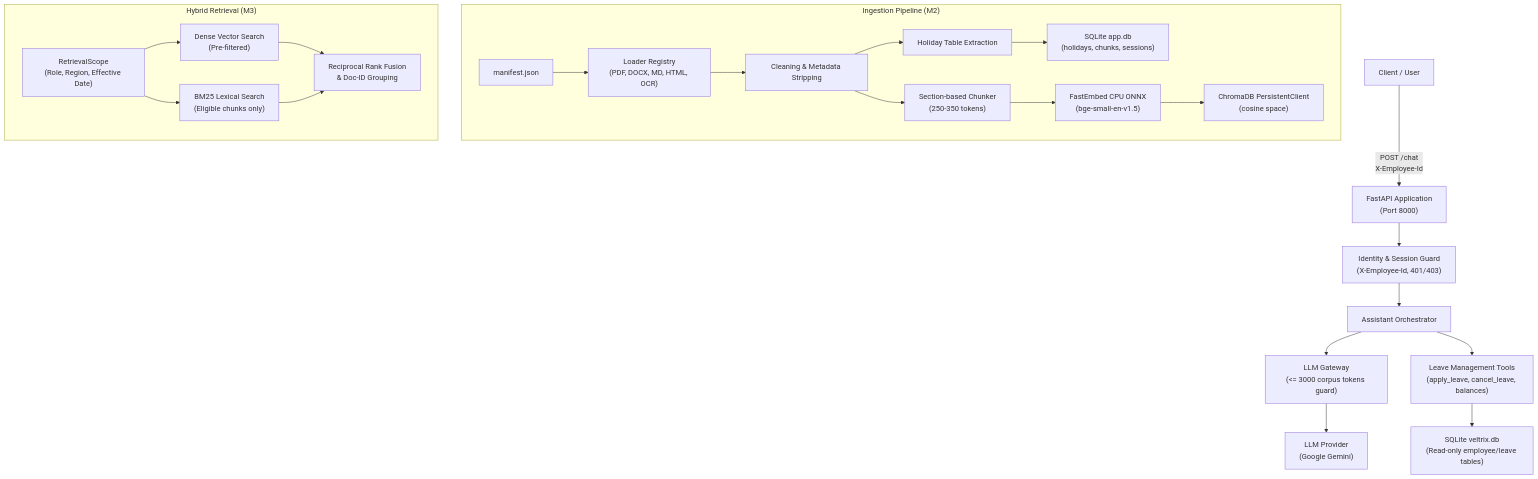
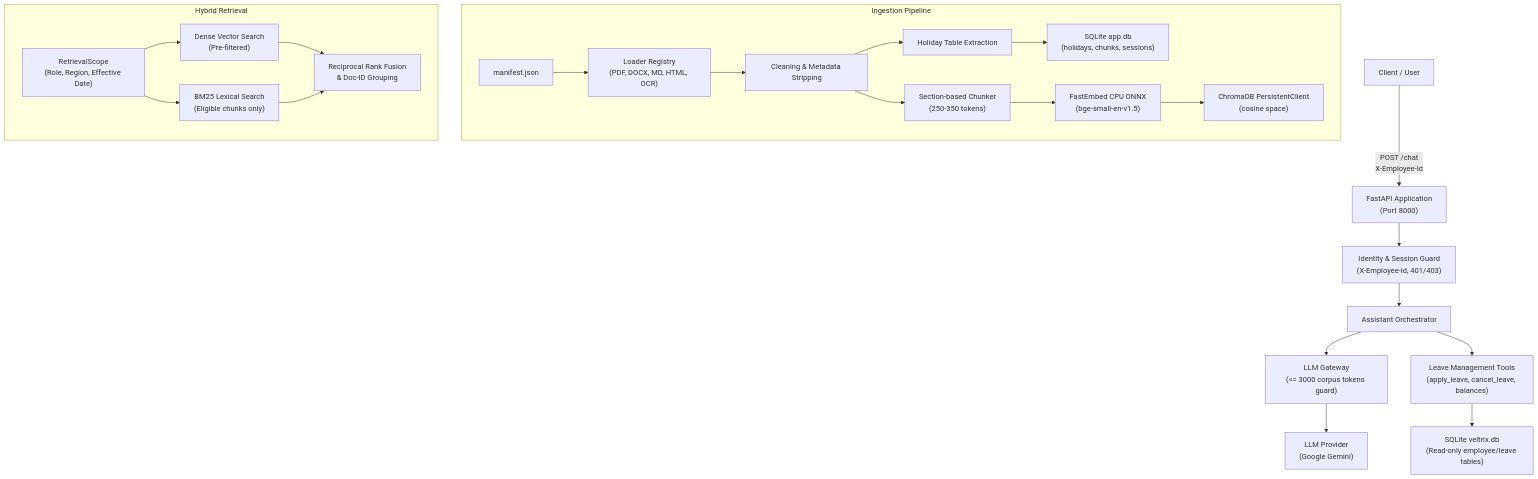
The diagram in README.md (Karthikv44/veltrix-hr-assistant), drawn with Mermaid before and after one commit. The commit also changed other lines of this file, not shown here.

````diff
--- a/README.md
+++ b/README.md
@@ -9,27 +9,27 @@
 ```mermaid
 flowchart TD
     Client["Client / User"] -->|POST /chat<br/>X-Employee-Id| API["FastAPI Application<br/>(Port 8000)"]
     API --> Security["Identity & Session Guard<br/>(X-Employee-Id, 401/403)"]
     Security --> Orchestrator["Assistant Orchestrator"]
     
-    subgraph Ingestion ["Ingestion Pipeline (M2)"]
+    subgraph Ingestion ["Ingestion Pipeline"]
         Manifest["manifest.json"] --> Loaders["Loader Registry<br/>(PDF, DOCX, MD, HTML, OCR)"]
         Loaders --> Cleaning["Cleaning & Metadata Stripping"]
         Cleaning --> Holidays["Holiday Table Extraction"]
         Cleaning --> Chunker["Section-based Chunker<br/>(250-350 tokens)"]
         Holidays --> AppDB["SQLite app.db<br/>(holidays, chunks, sessions)"]
         Chunker --> Embedder["FastEmbed CPU ONNX<br/>(bge-small-en-v1.5)"]
         Embedder --> Chroma["ChromaDB PersistentClient<br/>(cosine space)"]
     end
     
-    subgraph Retrieval ["Hybrid Retrieval (M3)"]
+    subgraph Retrieval ["Hybrid Retrieval"]
         Scope["RetrievalScope<br/>(Role, Region, Effective Date)"] --> ChromaSearch["Dense Vector Search<br/>(Pre-filtered)"]
         Scope --> BM25Search["BM25 Lexical Search<br/>(Eligible chunks only)"]
         ChromaSearch & BM25Search --> RRF["Reciprocal Rank Fusion<br/>& Doc-ID Grouping"]
     end
     
     Orchestrator --> LLMGateway["LLM Gateway<br/>(<= 3000 corpus tokens guard)"]
     LLMGateway --> LLM["LLM Provider<br/>(Google Gemini)"]
     Orchestrator --> Tools["Leave Management Tools<br/>(apply_leave, cancel_leave, balances)"]
     Tools --> VeltrixDB["SQLite veltrix.db<br/>(Read-only employee/leave tables)"]
 ```
````
